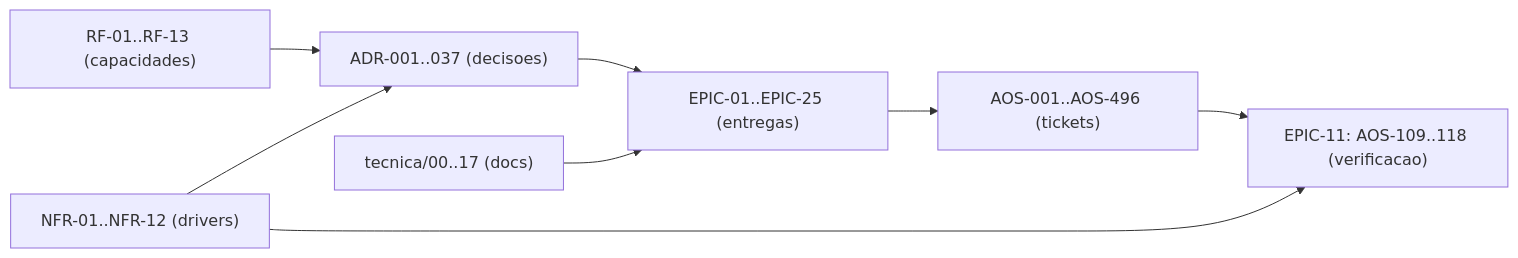
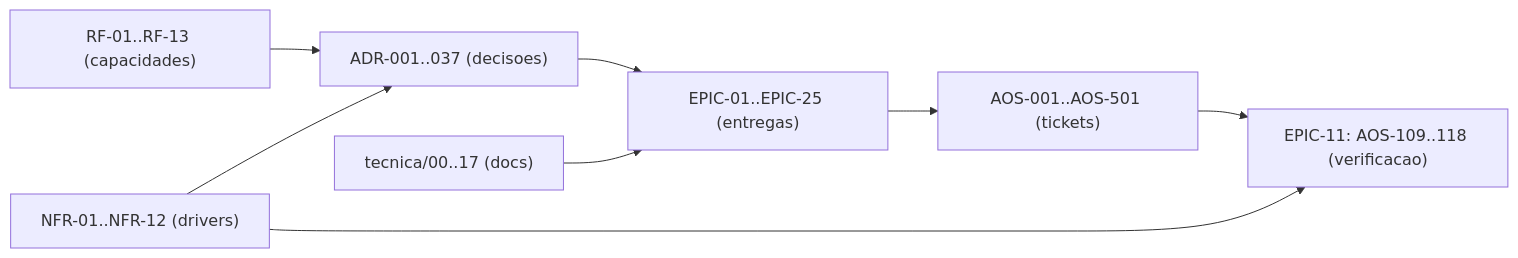
The diagram in tecnica/16_Rastreabilidade_RTM.md (albinoJimy/aos), drawn with Mermaid before and after one commit. The commit also changed other lines of this file and 3 other files, not shown here.

Commit message:
docs(AOS-497): tickets da saída por referência e acompanhamento

````diff
--- a/tecnica/16_Rastreabilidade_RTM.md
+++ b/tecnica/16_Rastreabilidade_RTM.md
@@ -205,10 +205,10 @@
 ```mermaid
 flowchart LR
     RF["RF-01..RF-13 (capacidades)"] --> ADR["ADR-001..037 (decisoes)"]
     NFR["NFR-01..NFR-12 (drivers)"] --> ADR
     ADR --> EPIC["EPIC-01..EPIC-25 (entregas)"]
-    EPIC --> TICK["AOS-001..AOS-496 (tickets)"]
+    EPIC --> TICK["AOS-001..AOS-501 (tickets)"]
     DOC["tecnica/00..17 (docs)"] --> EPIC
     TICK --> TEST["EPIC-11: AOS-109..118 (verificacao)"]
     NFR --> TEST
 ```
````
